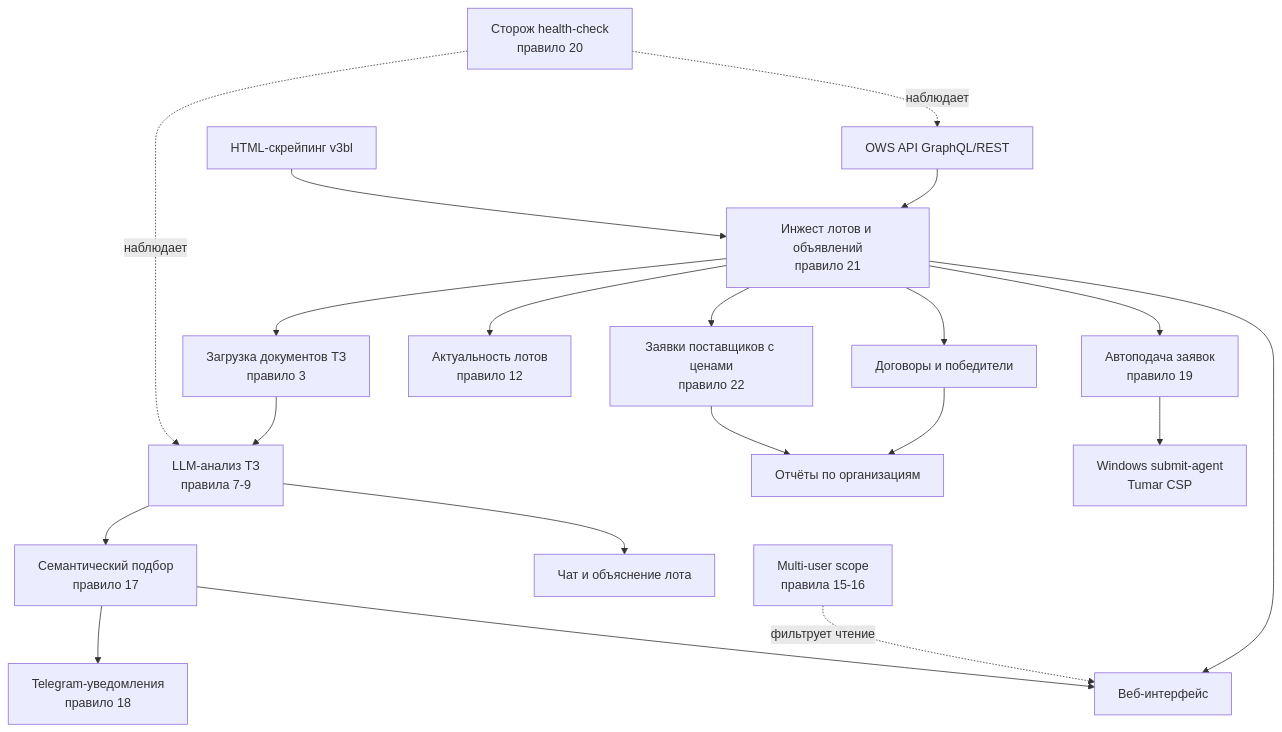
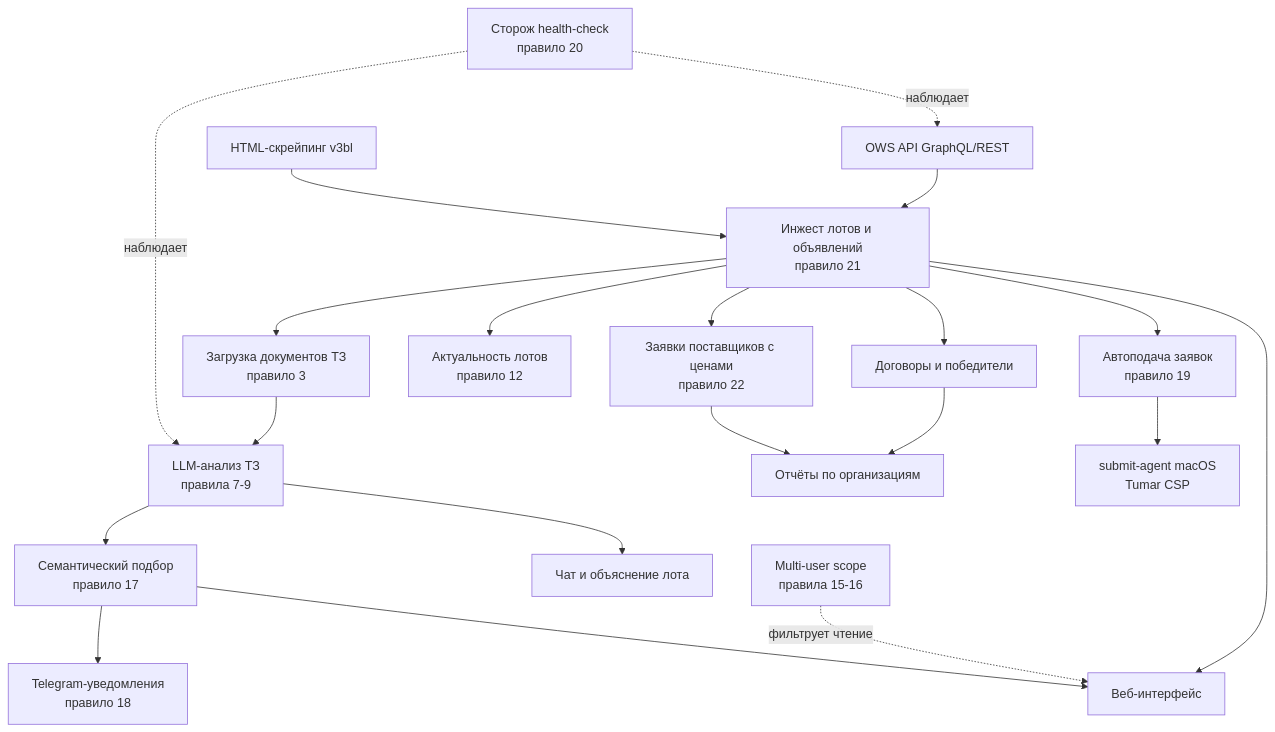
The first of 3 diagrams in ARCHITECTURE.md (Rus9136/gos_tracker), drawn with Mermaid before and after one commit. The commit also changed other lines of this file and 10 other files, not shown here.

First line of the commit message:
docs(autosubmit): ревизия §6.3 — целевой узел агента macOS, не Windows

````diff
--- a/ARCHITECTURE.md
+++ b/ARCHITECTURE.md
@@ -14,22 +14,22 @@
 ```mermaid
 flowchart TD
     OWS[OWS API GraphQL/REST] --> INGEST
     HTML[HTML-скрейпинг v3bl] --> INGEST
     INGEST[Инжест лотов и объявлений<br/>правило 21] --> DOCS[Загрузка документов ТЗ<br/>правило 3]
     INGEST --> EXPIRE[Актуальность лотов<br/>правило 12]
     INGEST --> BIDS[Заявки поставщиков с ценами<br/>правило 22]
     INGEST --> CONTRACTS[Договоры и победители]
     DOCS --> LLM[LLM-анализ ТЗ<br/>правила 7-9]
     LLM --> MATCH[Семантический подбор<br/>правило 17]
     MATCH --> TG[Telegram-уведомления<br/>правило 18]
     LLM --> CHAT[Чат и объяснение лота]
     INGEST --> AUTOSUBMIT[Автоподача заявок<br/>правило 19]
-    AUTOSUBMIT --> AGENT[Windows submit-agent<br/>Tumar CSP]
+    AUTOSUBMIT --> AGENT[submit-agent macOS<br/>Tumar CSP]
     BIDS --> REPORTS[Отчёты по организациям]
     CONTRACTS --> REPORTS
     HEALTH[Сторож health-check<br/>правило 20] -.наблюдает.-> LLM
     HEALTH -.наблюдает.-> OWS
     SCOPE[Multi-user scope<br/>правила 15-16] -.фильтрует чтение.-> UI[Веб-интерфейс]
     MATCH --> UI
     INGEST --> UI
 ```
````
